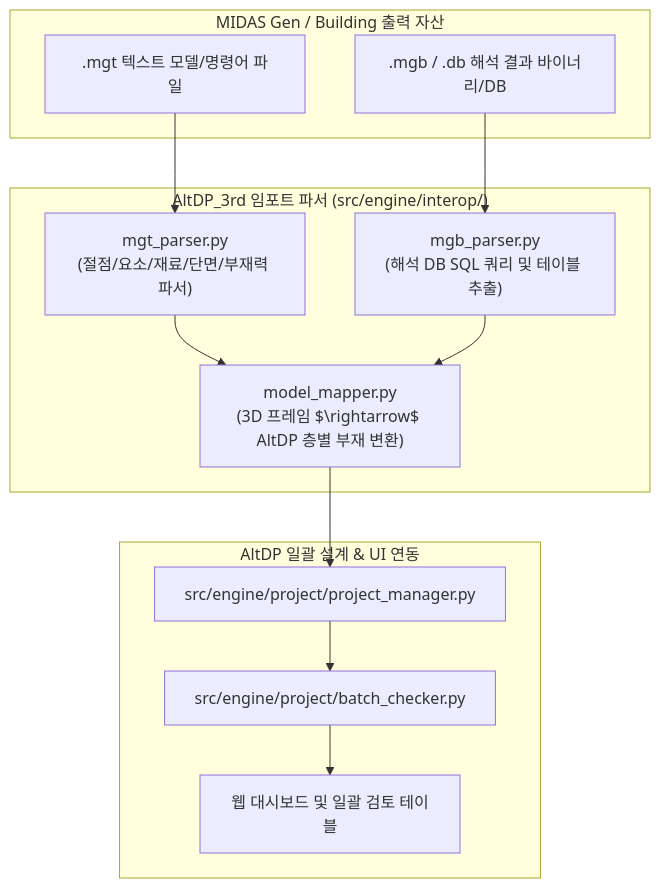
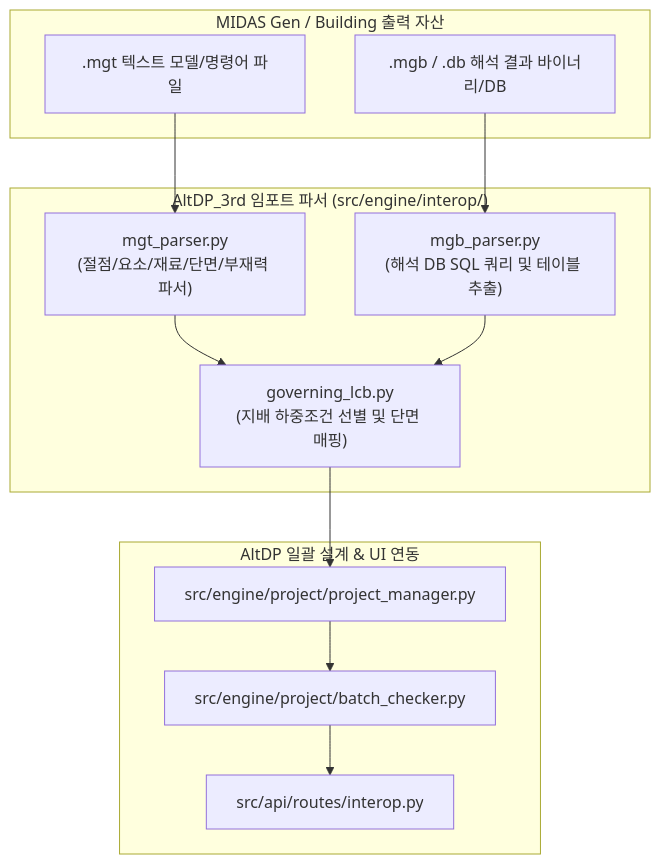
The diagram in 요구사항/요구사항16_MIDAS_Gen_3D_해석모델_연동_및_부재력_임포트_파이프라인.md (zlkiki/AltDP_3rd), drawn with Mermaid before and after one commit. The commit also changed other lines of this file and 10 other files, not shown here.

````diff
--- a/요구사항/요구사항16_MIDAS_Gen_3D_해석모델_연동_및_부재력_임포트_파이프라인.md
+++ b/요구사항/요구사항16_MIDAS_Gen_3D_해석모델_연동_및_부재력_임포트_파이프라인.md
@@ -22,25 +22,25 @@
 ```mermaid
 flowchart TD
     subgraph MIDAS_Assets ["MIDAS Gen / Building 출력 자산"]
         MGT[".mgt 텍스트 모델/명령어 파일"]
         MGB[".mgb / .db 해석 결과 바이너리/DB"]
     end
 
     subgraph Parser_Layer ["AltDP_3rd 임포트 파서 (src/engine/interop/)"]
         MGT_PARSER["mgt_parser.py<br>(절점/요소/재료/단면/부재력 파서)"]
         MGB_PARSER["mgb_parser.py<br>(해석 DB SQL 쿼리 및 테이블 추출)"]
-        MAPPER["model_mapper.py<br>(3D 프레임 $\rightarrow$ AltDP 층별 부재 변환)"]
+        MAPPER["governing_lcb.py<br>(지배 하중조건 선별 및 단면 매핑)"]
     end
 
     subgraph Execution_Layer ["AltDP 일괄 설계 & UI 연동"]
         PROJ_ENG["src/engine/project/project_manager.py"]
         BATCH_RUN["src/engine/project/batch_checker.py"]
-        UI_VIEW["웹 대시보드 및 일괄 검토 테이블"]
+        REST_API["src/api/routes/interop.py"]
     end
 
     MGT --> MGT_PARSER
     MGB --> MGB_PARSER
     MGT_PARSER & MGB_PARSER --> MAPPER
     MAPPER --> PROJ_ENG
-    PROJ_ENG --> BATCH_RUN --> UI_VIEW
+    PROJ_ENG --> BATCH_RUN --> REST_API
 ```
````
